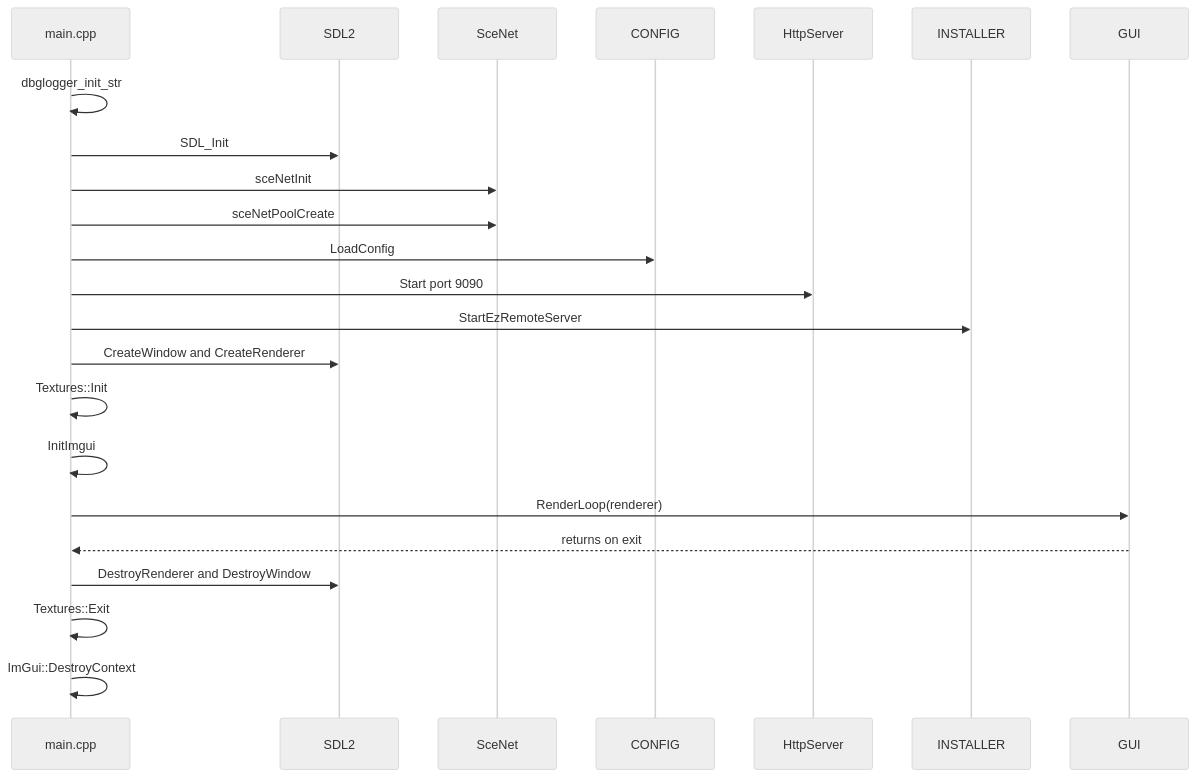
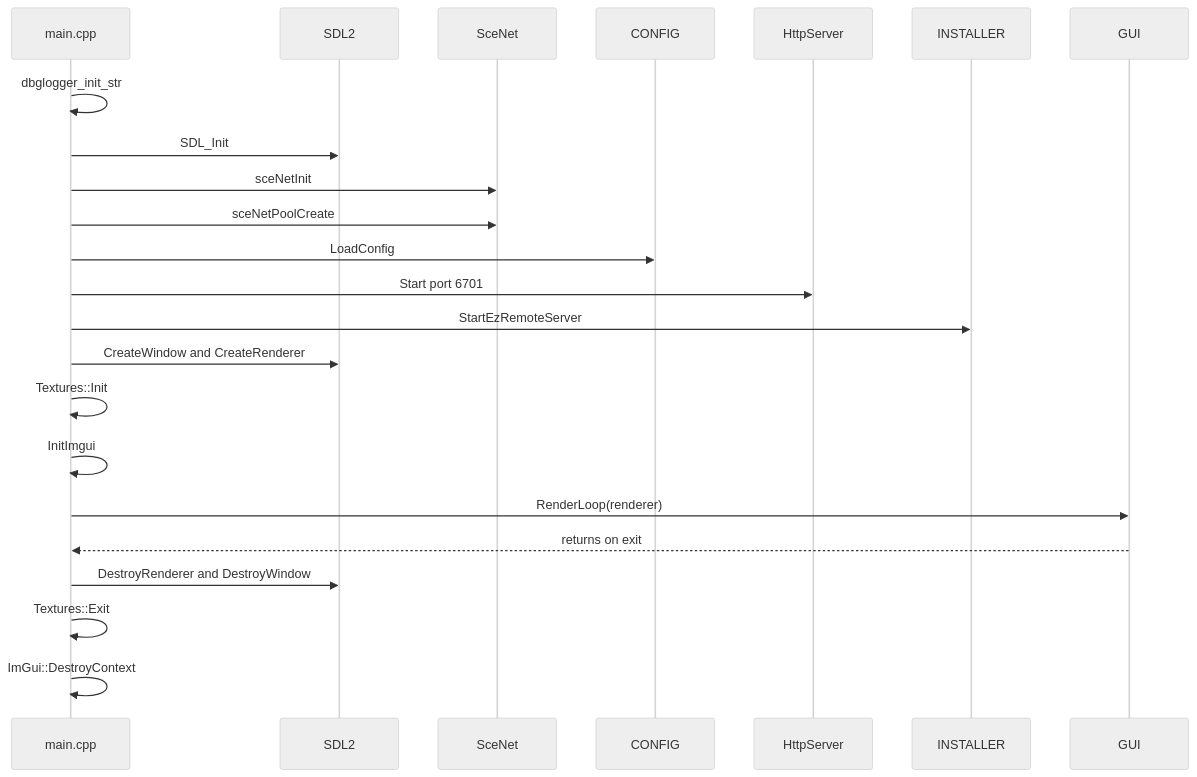
The fourth of 32 diagrams in DIAGRAMS.md (t-tx/ps5-ezremote-client), drawn with Mermaid (neutral theme) before and after one commit. The commit also changed other lines of this file and 36 other files, not shown here.

````diff
--- a/DIAGRAMS.md
+++ b/DIAGRAMS.md
@@ -78,26 +78,26 @@
 ```mermaid
 sequenceDiagram
     participant Main as main.cpp
     participant SDL as SDL2
     participant Net as SceNet
     participant Config as CONFIG
     participant Http as HttpServer
     participant Installer as INSTALLER
     participant UI as GUI
 
     Main->>Main: dbglogger_init_str
     Main->>SDL: SDL_Init
     Main->>Net: sceNetInit
     Main->>Net: sceNetPoolCreate
     Main->>Config: LoadConfig
-    Main->>Http: Start port 9090
+    Main->>Http: Start port 6701
     Main->>Installer: StartEzRemoteServer
     Main->>SDL: CreateWindow and CreateRenderer
     Main->>Main: Textures::Init
     Main->>Main: InitImgui
     Main->>UI: RenderLoop(renderer)
     UI-->>Main: returns on exit
     Main->>SDL: DestroyRenderer and DestroyWindow
     Main->>Main: Textures::Exit
     Main->>Main: ImGui::DestroyContext
 ```
````
